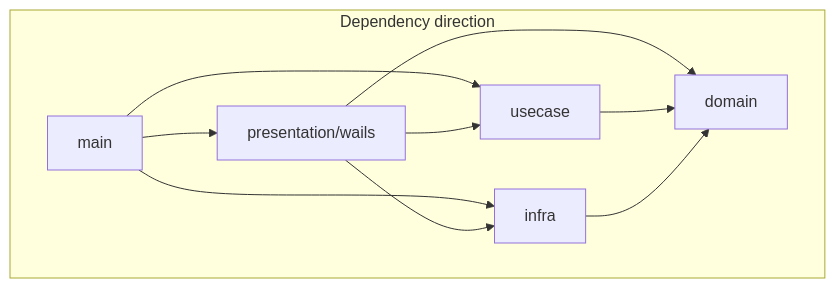
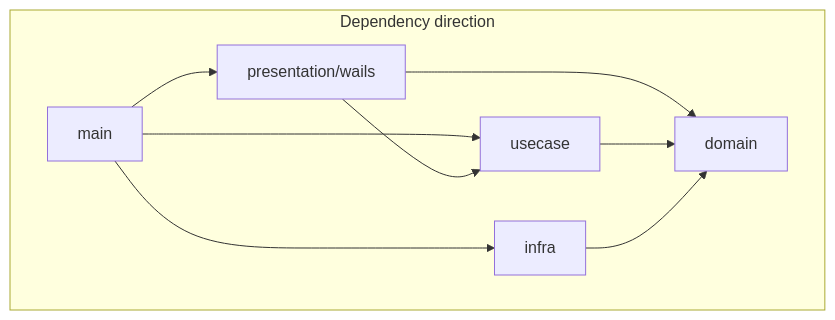
One commit to teoritty/xQuakShell changed the diagram in docs/architecture.md. Above: the diagram before and after it, drawn with Mermaid. The commit also changed other lines of this file and 5 other files, not shown here.

First line of the commit message:
docs: start plugin-api epic with architecture and security model

````diff
--- a/docs/architecture.md
+++ b/docs/architecture.md
@@ -7,18 +7,17 @@
 ```mermaid
 flowchart TB
   subgraph layers [Dependency direction]
     main[main]
     pres[presentation/wails]
     uc[usecase]
     dom[domain]
     infra[infra]
     main --> pres
     main --> uc
     main --> infra
     pres --> uc
     pres --> dom
-    pres --> infra
     uc --> dom
     infra --> dom
   end
 ```
````
